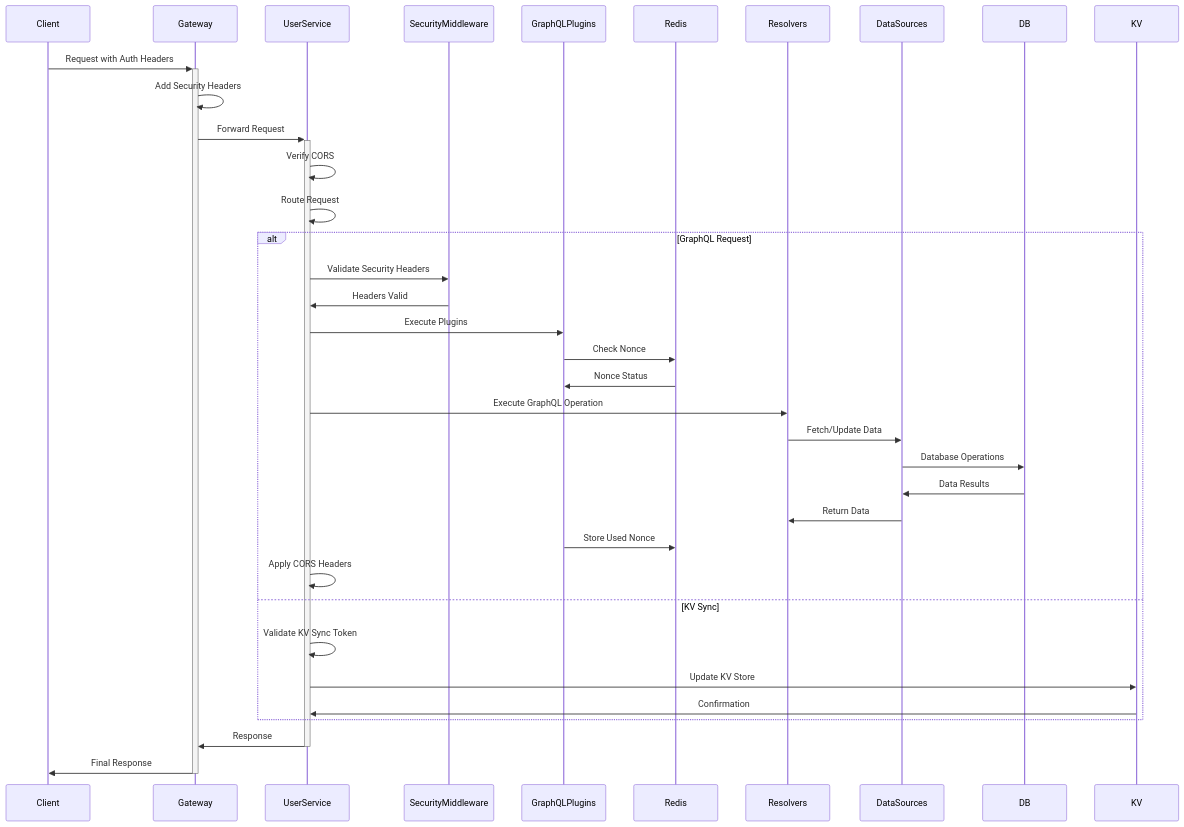
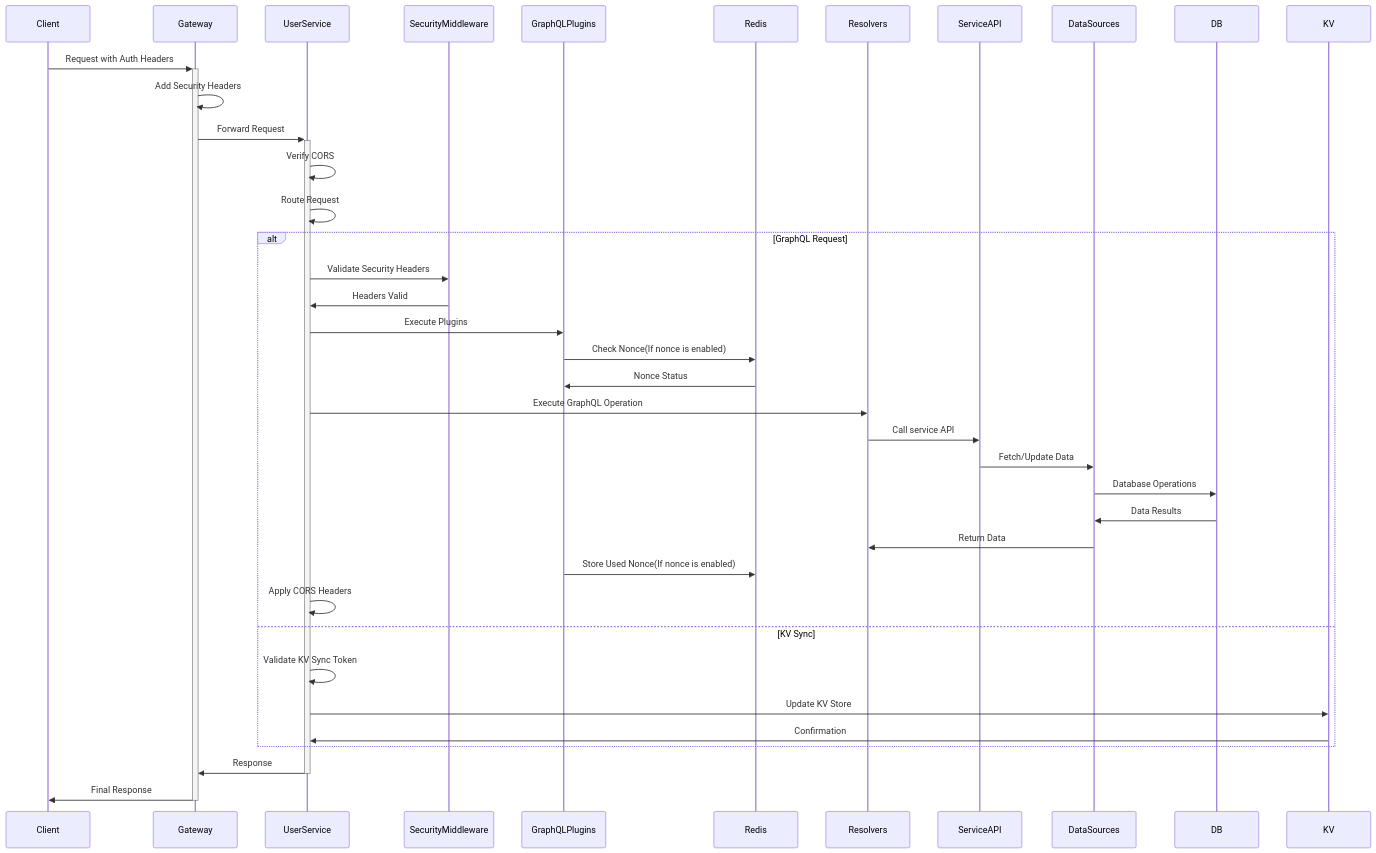
One commit to vinodhj/expense-microservices changed the second of 10 diagrams in docs/user-services.md. Above: the diagram before and after it, drawn with Mermaid. The commit also changed other lines of this file, not shown here.

````diff
--- a/docs/user-services.md
+++ b/docs/user-services.md
@@ -59,34 +59,35 @@
 ```mermaid
 sequenceDiagram
     Client->>+Gateway: Request with Auth Headers
     Gateway->>Gateway: Add Security Headers
     Gateway->>+UserService: Forward Request
 
     UserService->>UserService: Verify CORS
     UserService->>UserService: Route Request
 
     alt GraphQL Request
         UserService->>SecurityMiddleware: Validate Security Headers
         SecurityMiddleware->>UserService: Headers Valid
 
         UserService->>GraphQLPlugins: Execute Plugins
-        GraphQLPlugins->>Redis: Check Nonce
+        GraphQLPlugins->>Redis: Check Nonce(If nonce is enabled)
         Redis->>GraphQLPlugins: Nonce Status
 
         UserService->>Resolvers: Execute GraphQL Operation
-        Resolvers->>DataSources: Fetch/Update Data
+        Resolvers->>ServiceAPI: Call service API
+        ServiceAPI->>DataSources: Fetch/Update Data
         DataSources->>DB: Database Operations
         DB->>DataSources: Data Results
         DataSources->>Resolvers: Return Data
 
-        GraphQLPlugins->>Redis: Store Used Nonce
+        GraphQLPlugins->>Redis: Store Used Nonce(If nonce is enabled)
         UserService->>UserService: Apply CORS Headers
     else KV Sync
         UserService->>UserService: Validate KV Sync Token
         UserService->>KV: Update KV Store
         KV->>UserService: Confirmation
     end
 
     UserService->>-Gateway: Response
     Gateway->>-Client: Final Response
 ```
````
